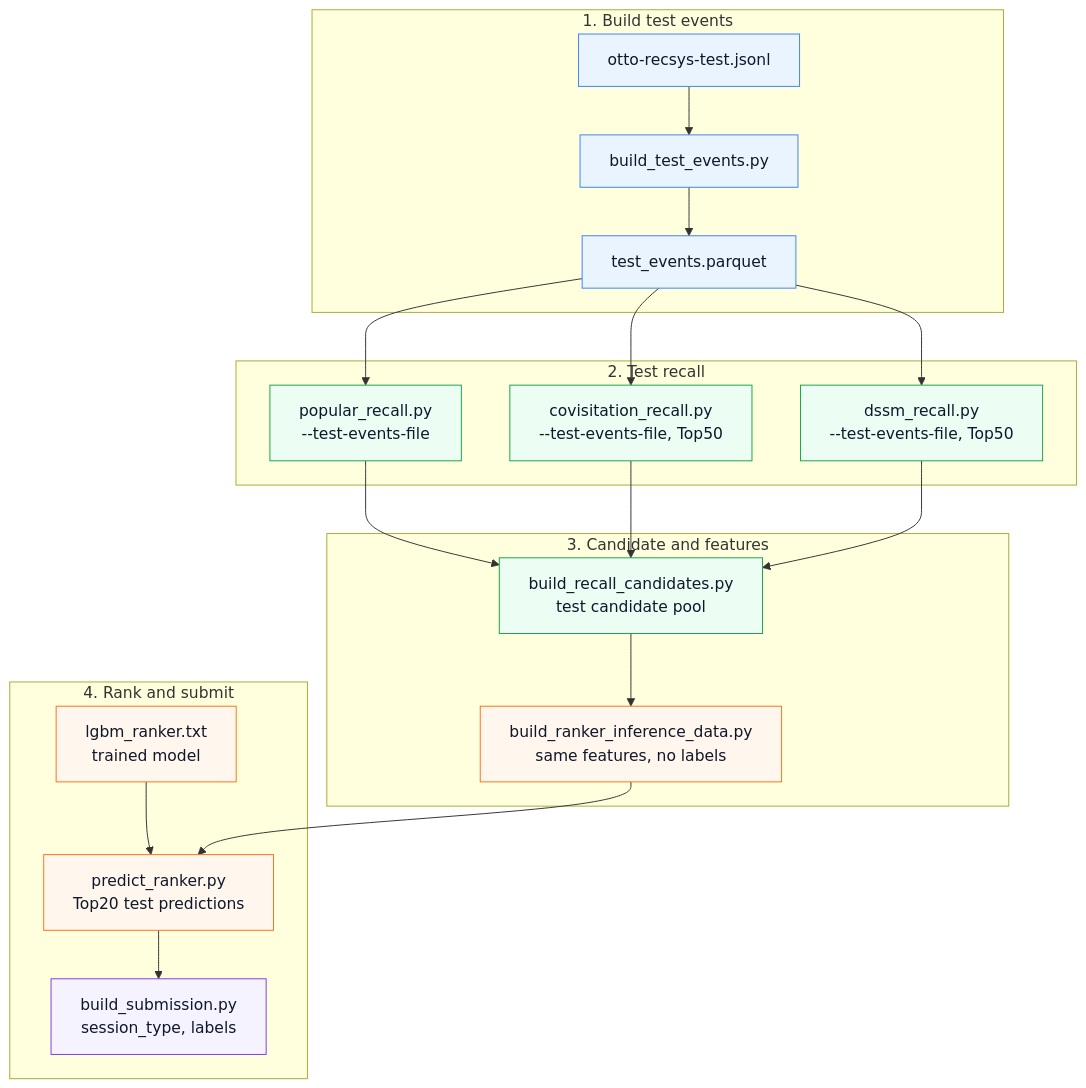
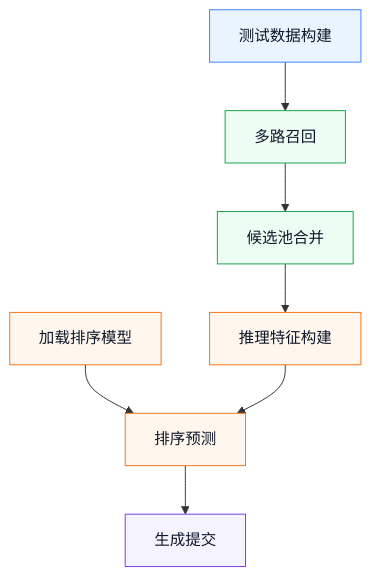
One commit to wbn11/otto-recommender-system changed the second of 2 diagrams in reports/architecture.md. Above: the diagram before and after it, drawn with Mermaid. The commit also changed other lines of this file and 1 other file, not shown here.

````diff
--- a/reports/architecture.md
+++ b/reports/architecture.md
@@ -88,36 +62,19 @@
 ```mermaid
 flowchart TD
-    subgraph T1["1. Build test events"]
-        A["otto-recsys-test.jsonl"] --> B["build_test_events.py"]
-        B --> C["test_events.parquet"]
-    end
-
-    subgraph T2["2. Test recall"]
-        C --> D1["popular_recall.py<br/>--test-events-file"]
-        C --> D2["covisitation_recall.py<br/>--test-events-file, Top50"]
-        C --> D3["dssm_recall.py<br/>--test-events-file, Top50"]
-    end
-
-    subgraph T3["3. Candidate and features"]
-        D1 --> E["build_recall_candidates.py<br/>test candidate pool"]
-        D2 --> E
-        D3 --> E
-        E --> F["build_ranker_inference_data.py<br/>same features, no labels"]
-    end
-
-    subgraph T4["4. Rank and submit"]
-        G["lgbm_ranker.txt<br/>trained model"] --> H["predict_ranker.py<br/>Top20 test predictions"]
-        F --> H
-        H --> I["build_submission.py<br/>session_type, labels"]
-    end
+    A["测试数据构建"] --> B["多路召回"]
+    B --> C["候选池合并"]
+    C --> D["推理特征构建"]
+    E["加载排序模型"] --> F["排序预测"]
+    D --> F
+    F --> G["生成提交"]
 
     classDef data fill:#eaf4ff,stroke:#3b82f6,color:#0f172a;
     classDef recall fill:#ecfdf3,stroke:#16a34a,color:#0f172a;
     classDef rank fill:#fff7ed,stroke:#f97316,color:#0f172a;
     classDef output fill:#f5f3ff,stroke:#7c3aed,color:#0f172a;
 
-    class A,B,C data;
-    class D1,D2,D3,E recall;
-    class F,G,H rank;
-    class I output;
+    class A data;
+    class B,C recall;
+    class D,E,F rank;
+    class G output;
 ```
````
